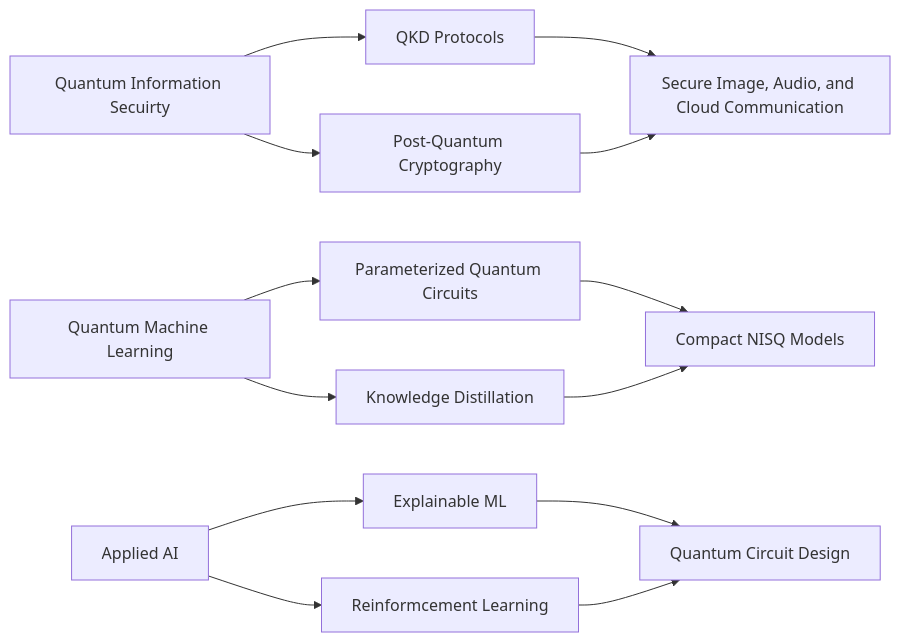
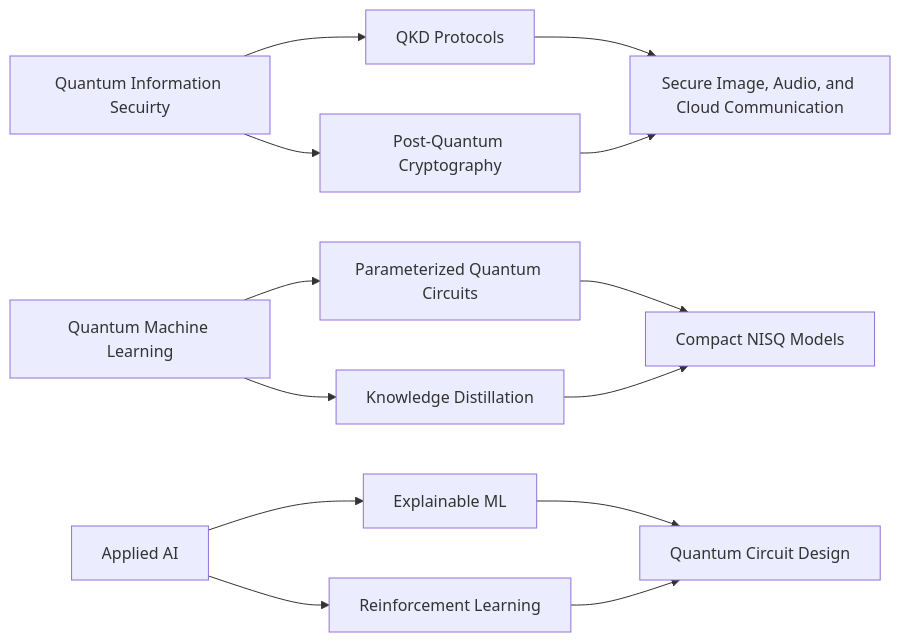
The first of 2 diagrams in README.md (shawmoonazad/shawmoonazad), drawn with Mermaid before and after one commit.

Commit message:
Fix typo in README for 'Reinforcement Learning'

````diff
--- a/README.md
+++ b/README.md
@@ -47,15 +47,15 @@
 ```mermaid
 flowchart LR
     A["Quantum Information Secuirty"] --> B["QKD Protocols"]
     A --> C["Post-Quantum Cryptography"]
     B --> D["Secure Image, Audio, and Cloud Communication"]
     C --> D
     E["Quantum Machine Learning"] --> F["Parameterized Quantum Circuits"]
     E --> G["Knowledge Distillation"]
     F --> H["Compact NISQ Models"]
     G --> H
     I["Applied AI"] --> J["Explainable ML"]
-    I --> K["Reinformcement Learning"]
+    I --> K["Reinforcement Learning"]
     J --> L["Quantum Circuit Design"]
     K --> L
 ```
````
